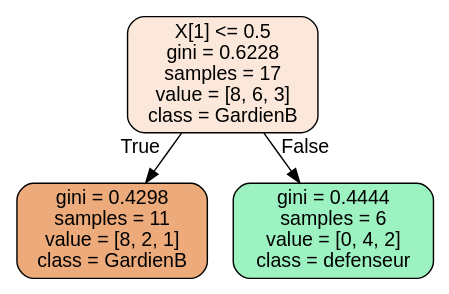
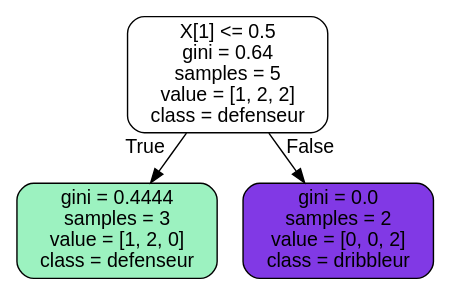
Before and after one commit to exRivalis/SoccerSimulator: the diagram in test_arbre.dot, drawn with Graphviz. The commit also changed 3 other files, not shown here.

```diff
--- a/test_arbre.dot
+++ b/test_arbre.dot
@@ -1,9 +1,9 @@
 digraph Tree {
 node [shape=box, style="filled, rounded", color="black", fontname=helvetica] ;
 edge [fontname=helvetica] ;
-0 [label="X[1] <= 0.5\ngini = 0.6228\nsamples = 17\nvalue = [8, 6, 3]\nclass = GardienB", fillcolor="#e581392e"] ;
-1 [label="gini = 0.4298\nsamples = 11\nvalue = [8, 2, 1]\nclass = GardienB", fillcolor="#e58139aa"] ;
+0 [label="X[1] <= 0.5\ngini = 0.64\nsamples = 5\nvalue = [1, 2, 2]\nclass = defenseur", fillcolor="#39e58100"] ;
+1 [label="gini = 0.4444\nsamples = 3\nvalue = [1, 2, 0]\nclass = defenseur", fillcolor="#39e5817f"] ;
 0 -> 1 [labeldistance=2.5, labelangle=45, headlabel="True"] ;
-2 [label="gini = 0.4444\nsamples = 6\nvalue = [0, 4, 2]\nclass = defenseur", fillcolor="#39e5817f"] ;
+2 [label="gini = 0.0\nsamples = 2\nvalue = [0, 0, 2]\nclass = dribbleur", fillcolor="#8139e5ff"] ;
 0 -> 2 [labeldistance=2.5, labelangle=-45, headlabel="False"] ;
 }
```
